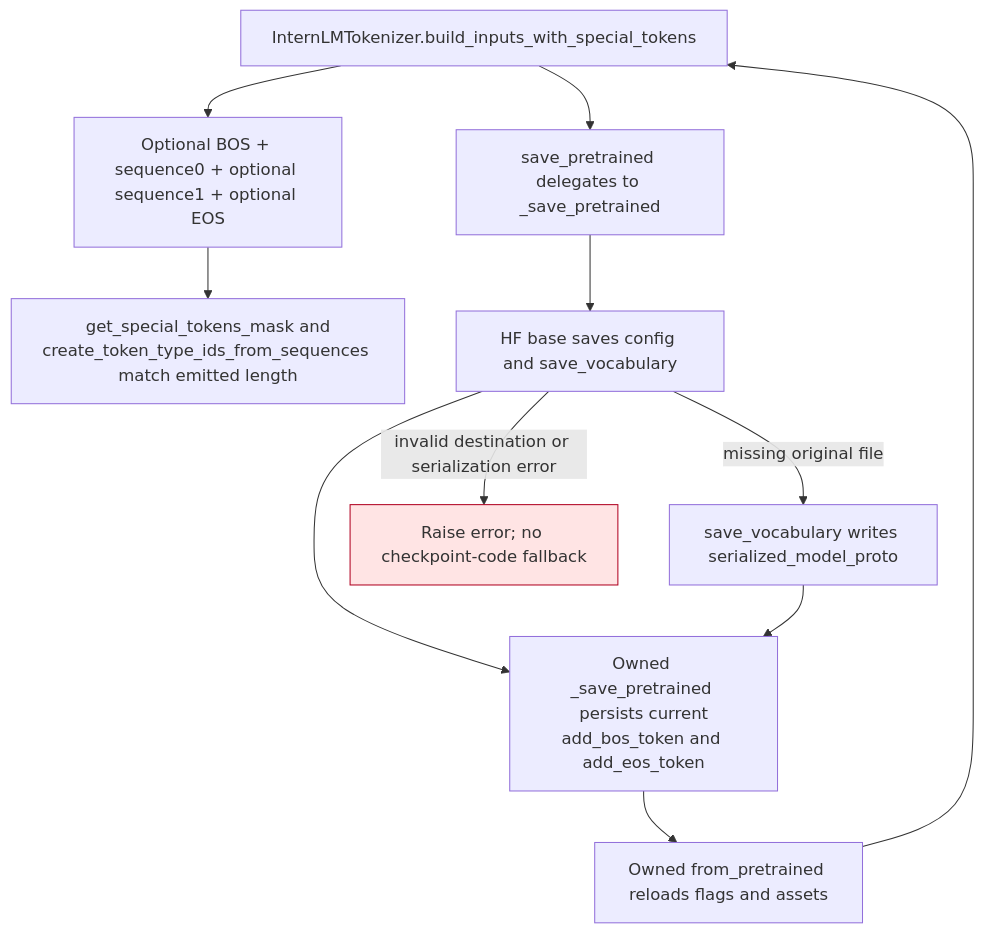
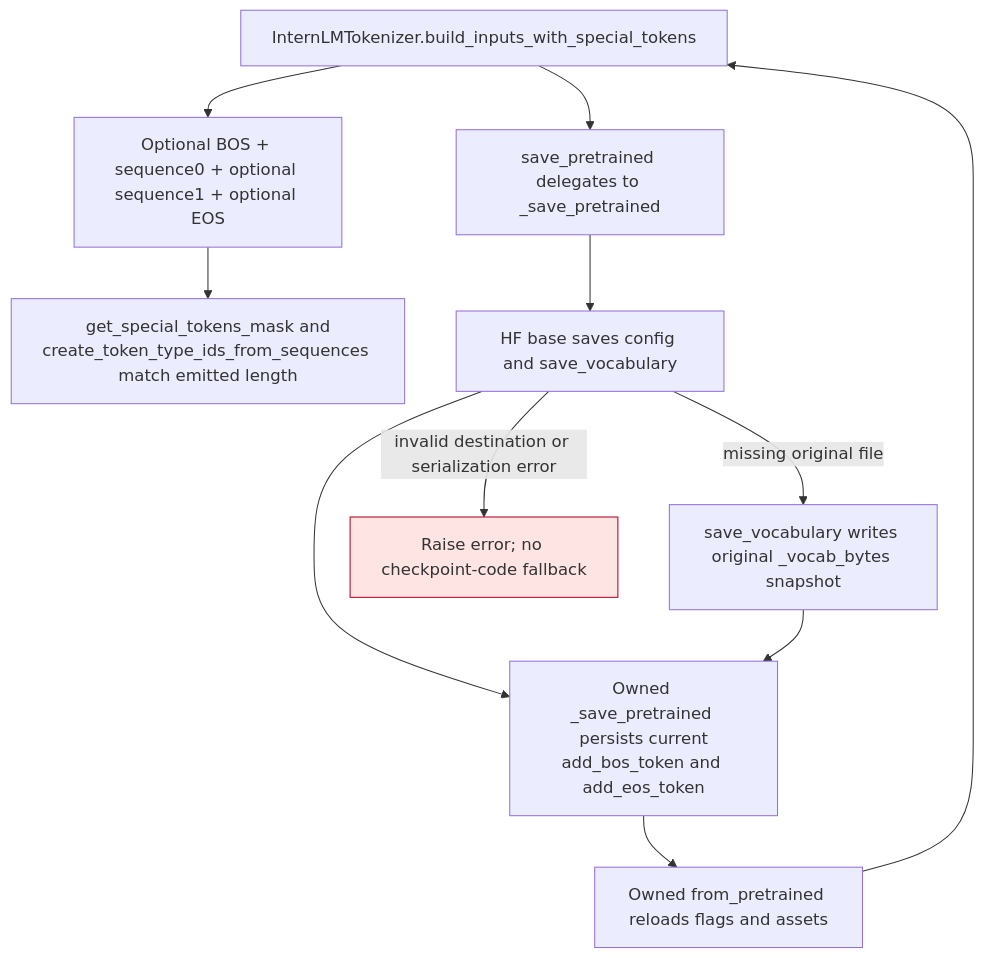
Before and after one commit to ModelCloud/GPTQModel: the second of 2 diagrams in gptqmodel/models/ports/internlm/TOKENIZERS.md, drawn with Mermaid. The commit also changed other lines of this file and 2 other files, not shown here.

Commit message:
Preserve original InternLM vocabulary bytes after source removal

````diff
--- a/gptqmodel/models/ports/internlm/TOKENIZERS.md
+++ b/gptqmodel/models/ports/internlm/TOKENIZERS.md
@@ -100,15 +103,15 @@
 ```mermaid
 flowchart TD
     A["InternLMTokenizer.build_inputs_with_special_tokens"] --> B["Optional BOS + sequence0 + optional sequence1 + optional EOS"]
     B --> C["get_special_tokens_mask and<br/>create_token_type_ids_from_sequences match emitted length"]
     A --> D["save_pretrained delegates to _save_pretrained"]
     D --> E["HF base saves config and save_vocabulary"]
     E --> F["Owned _save_pretrained persists current<br/>add_bos_token and add_eos_token"]
     F --> G["Owned from_pretrained reloads flags and assets"]
     G --> A
-    E -->|missing original file| H["save_vocabulary writes serialized_model_proto"]
+    E -->|missing original file| H["save_vocabulary writes original _vocab_bytes snapshot"]
     H --> F
     E -->|invalid destination or serialization error| X["Raise error; no checkpoint-code fallback"]
     classDef failure fill:#ffe4e4,stroke:#b00020
     class X failure
 ```
````
